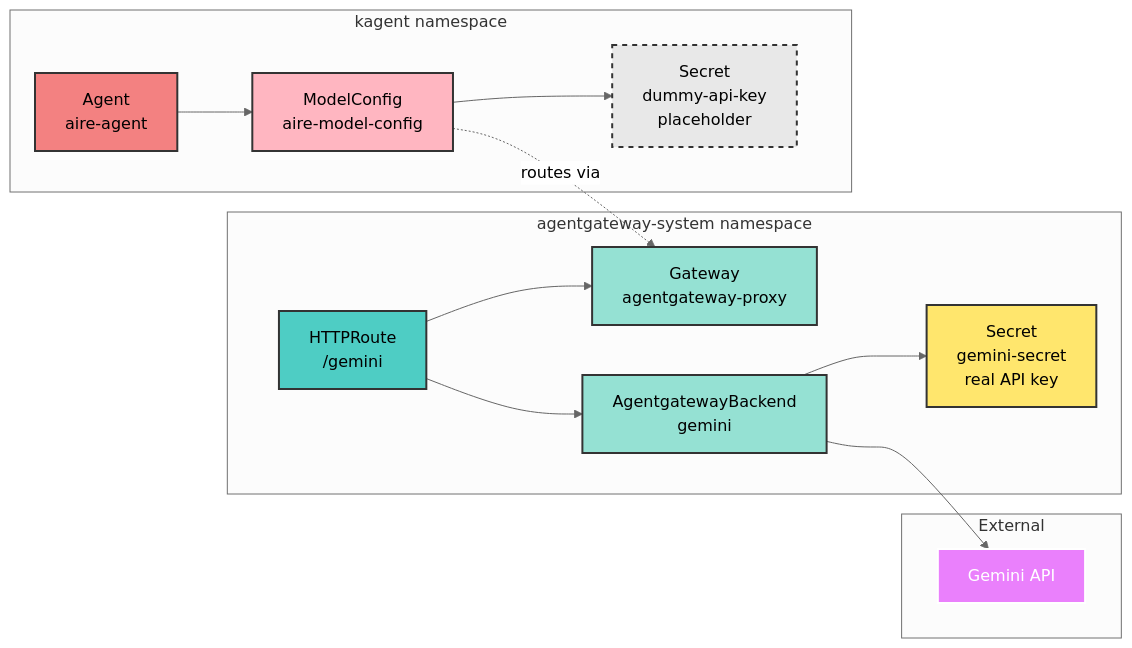
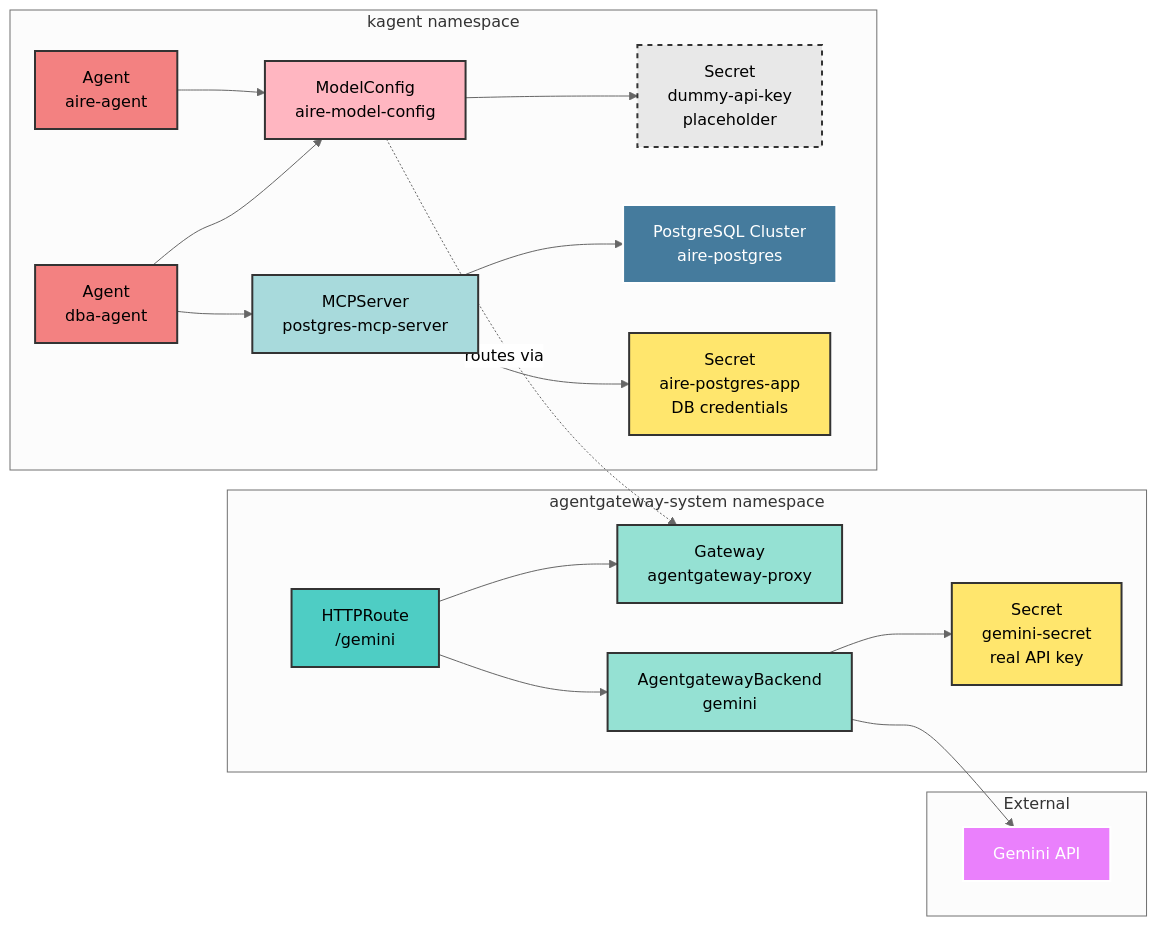
One commit to ikaliuzh/aire-agents changed the second of 4 diagrams in README.md. Above: the diagram before and after it, drawn with Mermaid (neutral theme). The commit also changed other lines of this file, not shown here.

Commit message:
Update README.md to include CloudNativePG operator installation and PostgreSQL cluster integration details

````diff
--- a/README.md
+++ b/README.md
@@ -80,38 +82,51 @@
 ```mermaid
 graph LR
     subgraph "agentgateway-system namespace"
         GW[Gateway<br/>agentgateway-proxy]
         HR[HTTPRoute<br/>/gemini]
         BE[AgentgatewayBackend<br/>gemini]
         SEC1[Secret<br/>gemini-secret<br/>real API key]
 
         HR --> GW
         HR --> BE
         BE --> SEC1
     end
 
     subgraph "kagent namespace"
         AGENT[Agent<br/>aire-agent]
+        DBA[Agent<br/>dba-agent]
         MC[ModelConfig<br/>aire-model-config]
         SEC2[Secret<br/>dummy-api-key<br/>placeholder]
+        
+        MCP[MCPServer<br/>postgres-mcp-server]
+        PG[PostgreSQL Cluster<br/>aire-postgres]
+        SEC3[Secret<br/>aire-postgres-app<br/>DB credentials]
 
         AGENT --> MC
+        DBA --> MC
+        DBA --> MCP
+        MCP --> PG
+        MCP --> SEC3
         MC --> SEC2
         MC -.routes via.-> GW
     end
 
     subgraph "External"
         GAPI[Gemini API]
     end
 
     BE --> GAPI
 
     style GW fill:#95E1D3,stroke:#333,stroke-width:2px
     style BE fill:#95E1D3,stroke:#333,stroke-width:2px
     style HR fill:#4ECDC4,stroke:#333,stroke-width:2px
     style AGENT fill:#F38181,stroke:#333,stroke-width:2px
+    style DBA fill:#F38181,stroke:#333,stroke-width:2px
     style MC fill:#FFB6C1,stroke:#333,stroke-width:2px
+    style MCP fill:#A8DADC,stroke:#333,stroke-width:2px
+    style PG fill:#457B9D,stroke:#fff,stroke-width:2px,color:#fff
     style SEC1 fill:#FFE66D,stroke:#333,stroke-width:2px
     style SEC2 fill:#E8E8E8,stroke:#333,stroke-width:2px,stroke-dasharray: 5 5
+    style SEC3 fill:#FFE66D,stroke:#333,stroke-width:2px
     style GAPI fill:#EA80FC,stroke:#fff,stroke-width:2px,color:#fff
 ```
````
